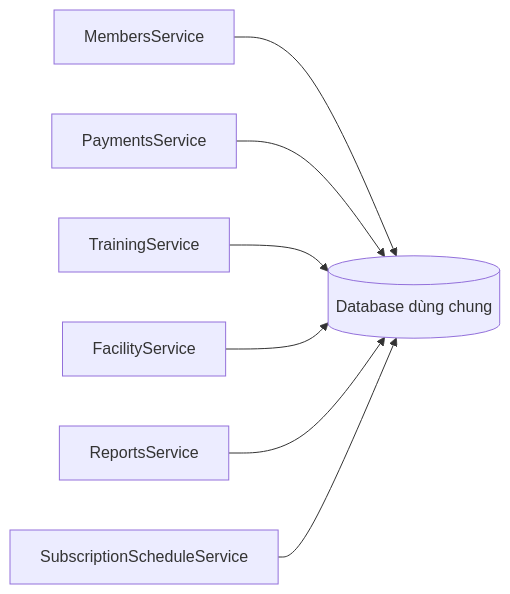
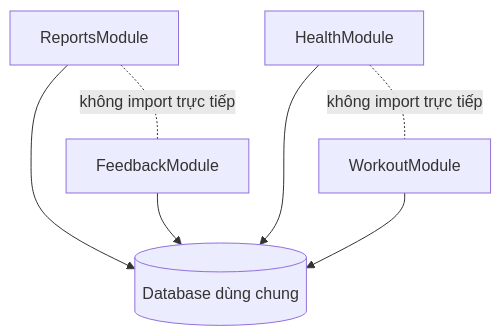
The second of 2 diagrams in docs/reports/design-concept.md (nhithedev/gym-management-system), drawn with Mermaid before and after one commit. The commit also changed other lines of this file, not shown here.

````diff
--- a/docs/reports/design-concept.md
+++ b/docs/reports/design-concept.md
@@ -164,9 +374,13 @@
 ```mermaid
-flowchart LR
-    A[MembersService] --> DB[(Database dùng chung)]
-    B[PaymentsService] --> DB
-    C[TrainingService] --> DB
-    D[FacilityService] --> DB
-    E[ReportsService] --> DB
-    F[SubscriptionScheduleService] --> DB
+flowchart TD
+    RM[ReportsModule]
+    FM[FeedbackModule]
+    HM[HealthModule]
+    WM[WorkoutModule]
+    RM -. không import trực tiếp .- FM
+    HM -. không import trực tiếp .- WM
+    RM --> DB[(Database dùng chung)]
+    FM --> DB
+    HM --> DB
+    WM --> DB
 ```
````
